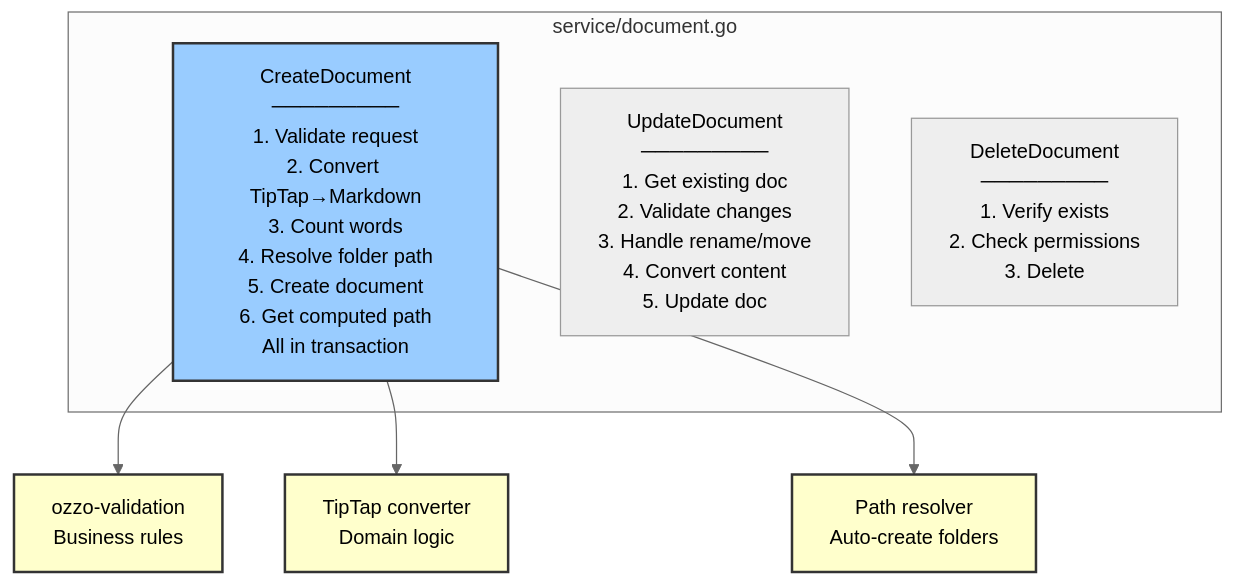
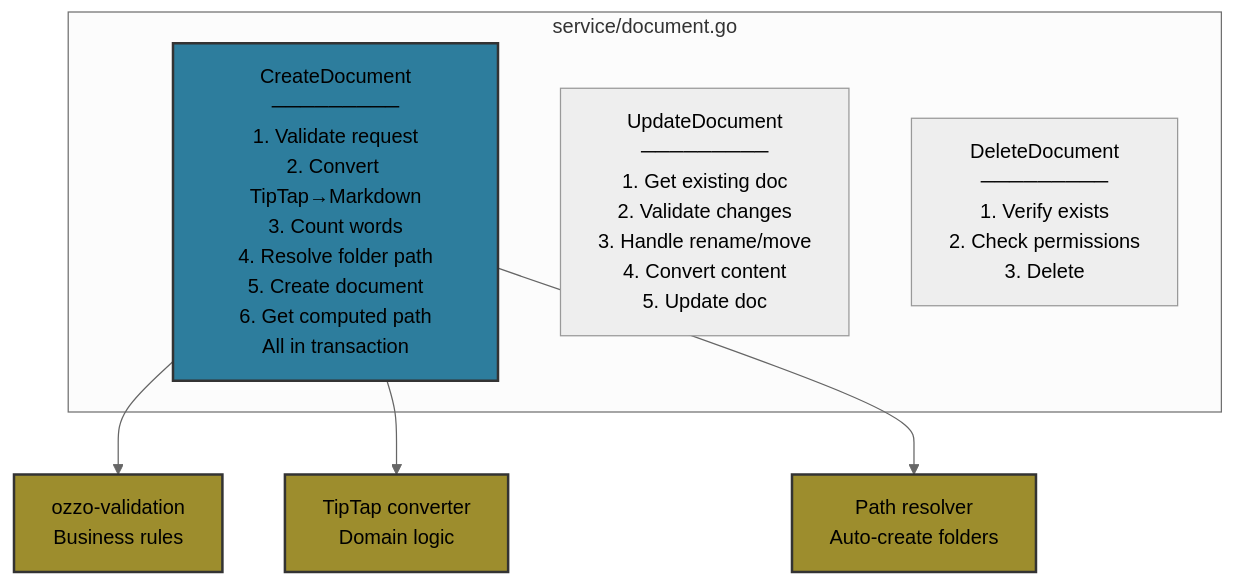
Before and after one commit to haowjy/meridian: the sixth of 13 diagrams in _docs/technical/backend/clean-architecture-guide.md, drawn with Mermaid (neutral theme). The commit also changed other lines of this file and 40 other files, not shown here.

````diff
--- a/_docs/technical/backend/clean-architecture-guide.md
+++ b/_docs/technical/backend/clean-architecture-guide.md
@@ -276,19 +276,19 @@
 ```mermaid
 graph TB
     subgraph "service/document.go"
         Create[CreateDocument<br/>─────────<br/>1. Validate request<br/>2. Convert TipTap→Markdown<br/>3. Count words<br/>4. Resolve folder path<br/>5. Create document<br/>6. Get computed path<br/>All in transaction]
 
         Update[UpdateDocument<br/>─────────<br/>1. Get existing doc<br/>2. Validate changes<br/>3. Handle rename/move<br/>4. Convert content<br/>5. Update doc]
 
         Delete[DeleteDocument<br/>─────────<br/>1. Verify exists<br/>2. Check permissions<br/>3. Delete]
     end
 
     Create --> Validation[ozzo-validation<br/>Business rules]
     Create --> TipTap[TipTap converter<br/>Domain logic]
     Create --> PathRes[Path resolver<br/>Auto-create folders]
 
-    style Create fill:#9cf,stroke:#333,stroke-width:2px
-    style Validation fill:#ffc,stroke:#333,stroke-width:2px
-    style TipTap fill:#ffc,stroke:#333,stroke-width:2px
-    style PathRes fill:#ffc,stroke:#333,stroke-width:2px
+    style Create fill:#2d7d9d,stroke:#333,stroke-width:2px
+    style Validation fill:#9d8d2d,stroke:#333,stroke-width:2px
+    style TipTap fill:#9d8d2d,stroke:#333,stroke-width:2px
+    style PathRes fill:#9d8d2d,stroke:#333,stroke-width:2px
 ```
````
